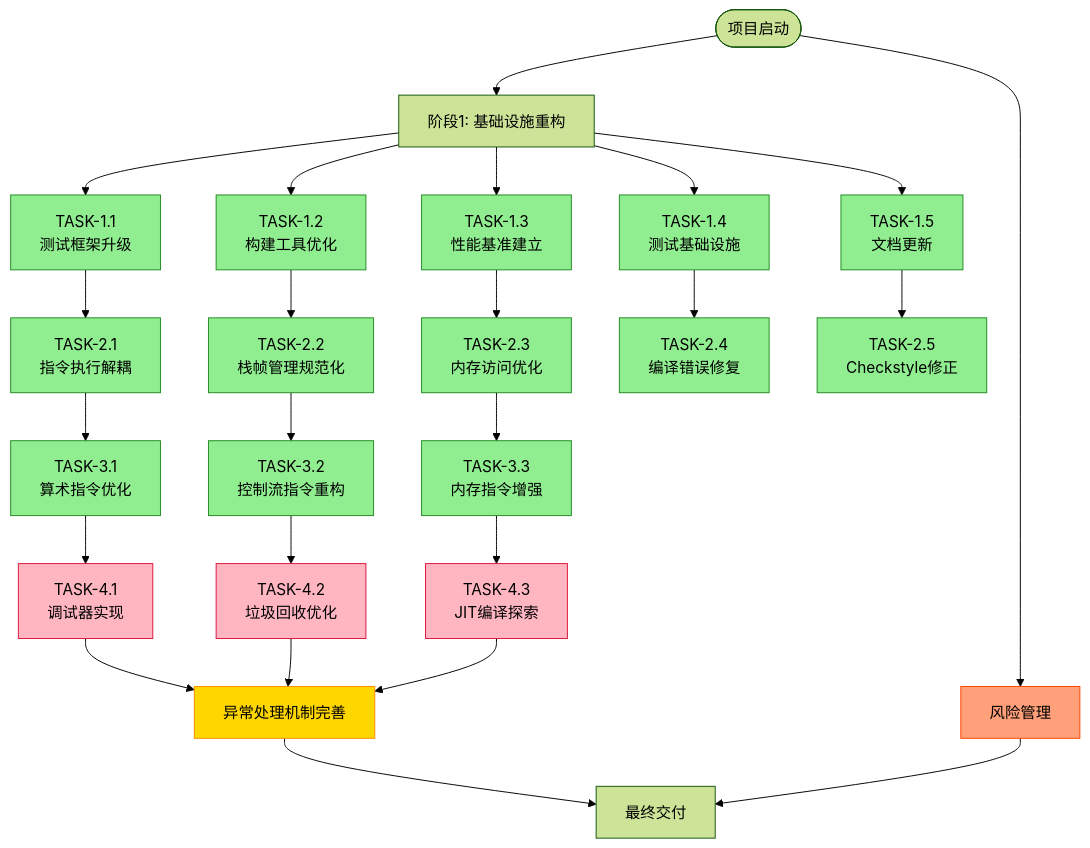
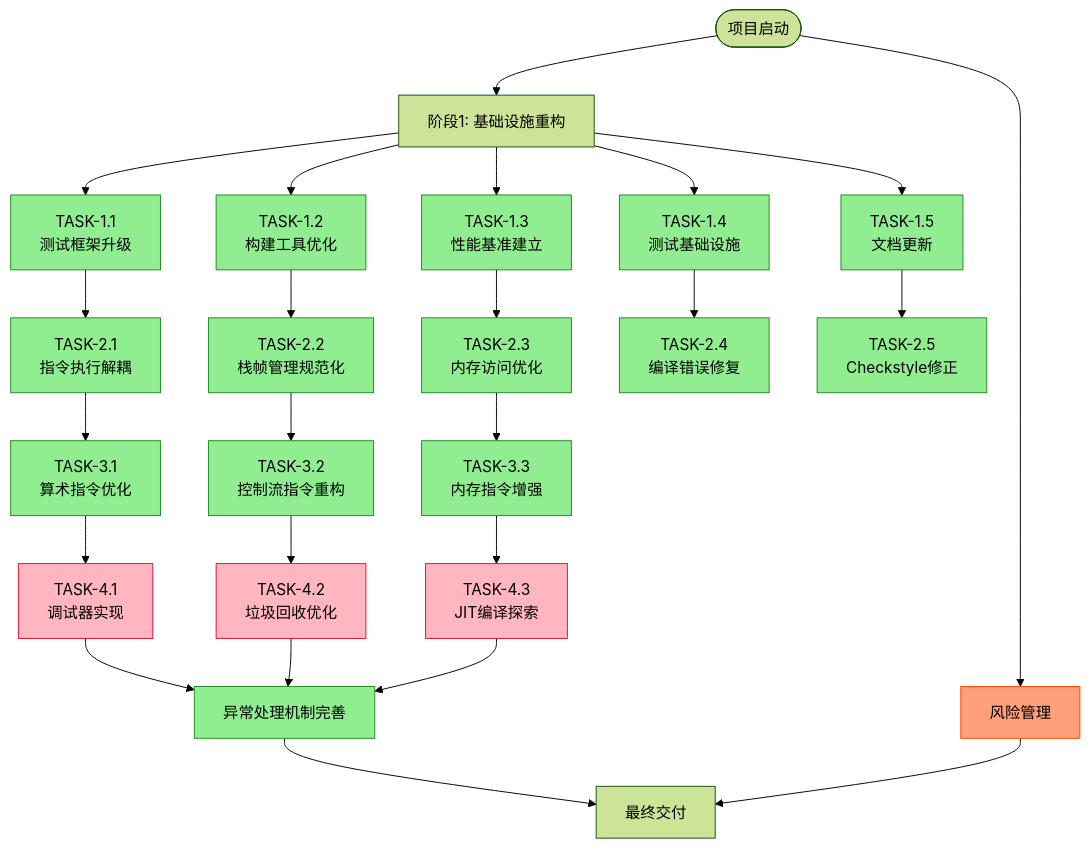
The first of 2 diagrams in ep18/docs/EP18_TDD_重构优化方案.md (whtoo/How_to_implment_PL_in_Antlr4), drawn with Mermaid (forest theme) before and after one commit. The commit also changed other lines of this file and 8 other files, not shown here.

````diff
--- a/ep18/docs/EP18_TDD_重构优化方案.md
+++ b/ep18/docs/EP18_TDD_重构优化方案.md
@@ -13,44 +13,44 @@
 ```mermaid
 graph TD
     Start([项目启动]) --> Phase1[阶段1: 基础设施重构]
     Start --> RiskMgmt[风险管理]
     
     Phase1 --> TASK11[TASK-1.1<br/>测试框架升级]
     Phase1 --> TASK12[TASK-1.2<br/>构建工具优化]
     Phase1 --> TASK13[TASK-1.3<br/>性能基准建立]
     Phase1 --> TASK14[TASK-1.4<br/>测试基础设施]
     Phase1 --> TASK15[TASK-1.5<br/>文档更新]
     
     TASK11 --> TASK21[TASK-2.1<br/>指令执行解耦]
     TASK12 --> TASK22[TASK-2.2<br/>栈帧管理规范化]
     TASK13 --> TASK23[TASK-2.3<br/>内存访问优化]
     TASK14 --> TASK24[TASK-2.4<br/>编译错误修复]
     TASK15 --> TASK25[TASK-2.5<br/>Checkstyle修正]
     
     TASK21 --> TASK31[TASK-3.1<br/>算术指令优化]
     TASK22 --> TASK32[TASK-3.2<br/>控制流指令重构]
     TASK23 --> TASK33[TASK-3.3<br/>内存指令增强]
     
     TASK31 --> TASK41[TASK-4.1<br/>调试器实现]
     TASK32 --> TASK42[TASK-4.2<br/>垃圾回收优化]
     TASK33 --> TASK43[TASK-4.3<br/>JIT编译探索]
     
     TASK41 --> ExceptionHandling[异常处理机制完善]
     TASK42 --> ExceptionHandling
     TASK43 --> ExceptionHandling
     
     ExceptionHandling --> FinalDelivery[最终交付]
     RiskMgmt --> FinalDelivery
     
     %% 状态样式
     classDef completed fill:#90EE90,stroke:#228B22,color:#000
     classDef inProgress fill:#FFD700,stroke:#FF8C00,color:#000
     classDef pending fill:#FFB6C1,stroke:#DC143C,color:#000
     classDef risk fill:#FFA07A,stroke:#FF4500,color:#000
     
     %% 应用样式
-    class TASK11,TASK12,TASK13,TASK14,TASK15,TASK21,TASK22,TASK23,TASK24,TASK25,TASK31,TASK32,TASK33 completed
-    class ExceptionHandling inProgress
+    class TASK11,TASK12,TASK13,TASK14,TASK15,TASK21,TASK22,TASK23,TASK24,TASK25,TASK31,TASK32,TASK33,TASK5.1 completed
+    class ExceptionHandling completed
     class TASK41,TASK42,TASK43 pending
     class RiskMgmt risk
 ```
````
